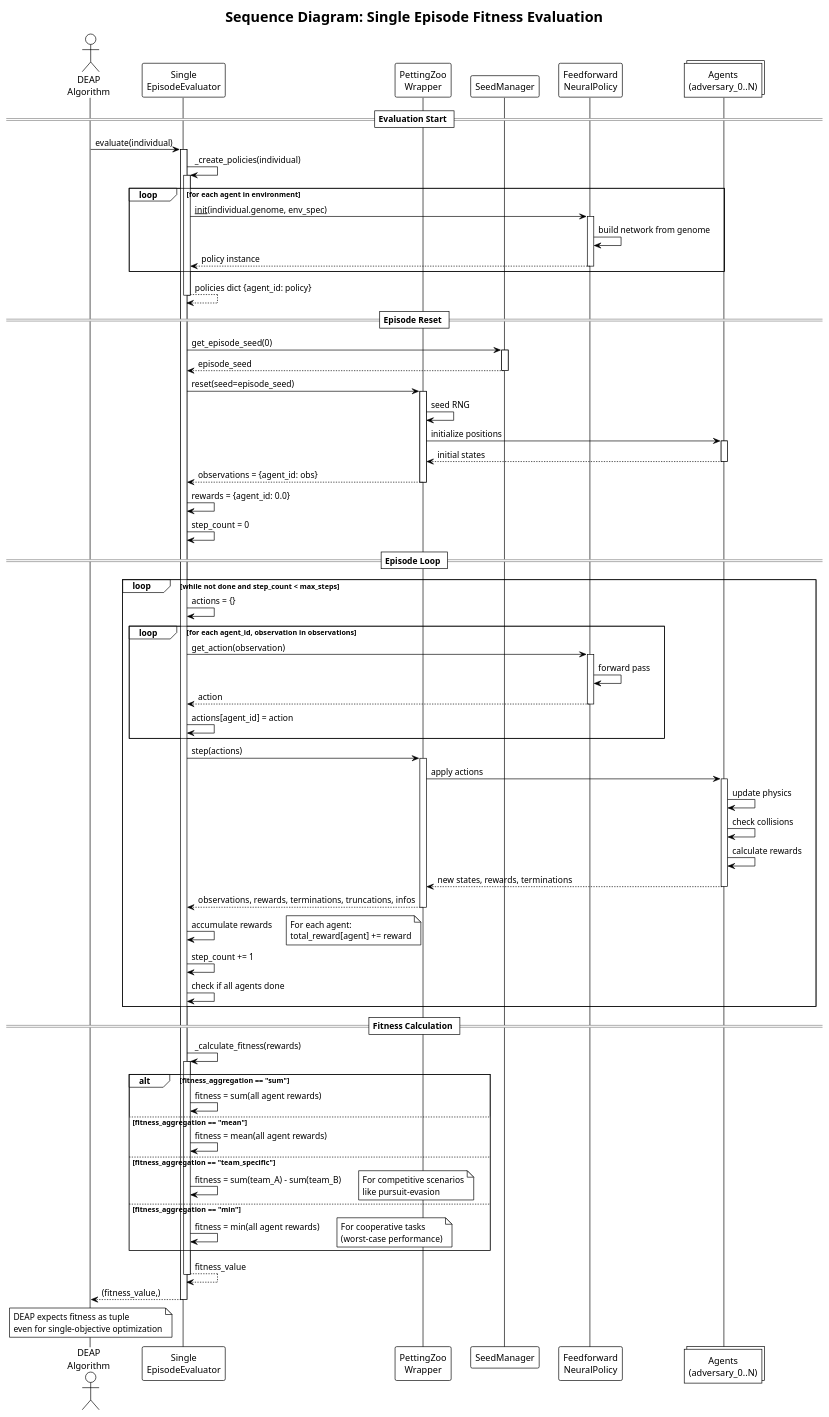
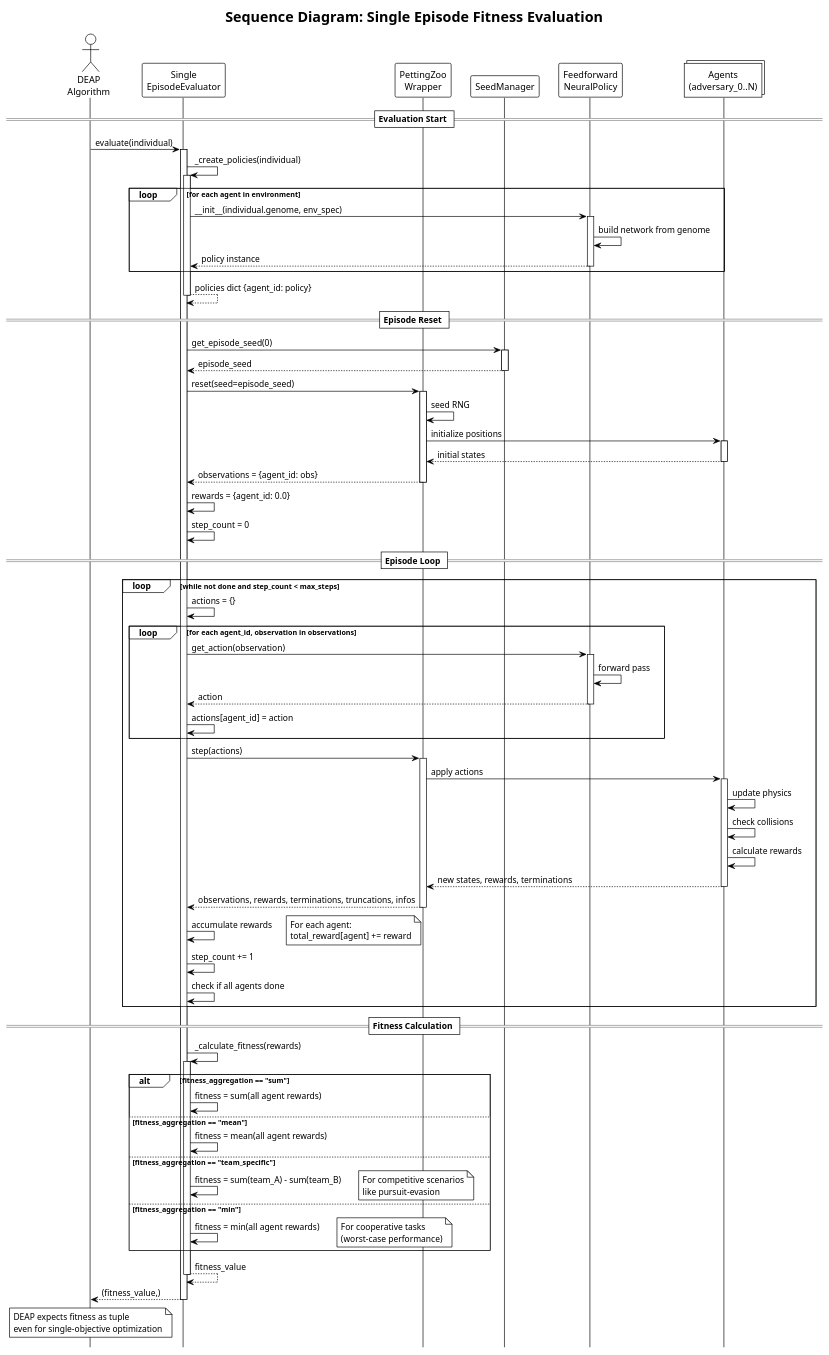
The diagram in docs/UML/sequence_single_episode_evaluation.puml (Alex180504/DEAP-Zoo-bridge), drawn with PlantUML before and after one commit. The commit also changed 71 other files, not shown here.

Commit message:
Update UML

```diff
--- a/docs/UML/sequence_single_episode_evaluation.puml
+++ b/docs/UML/sequence_single_episode_evaluation.puml
@@ -1,124 +1,126 @@
 @startuml sequence_single_episode_evaluation
 !theme plain
+' Compact layout (tuned per diagram — see README, 'Sequence-diagram layout').
+hide footbox
 title Sequence Diagram: Single Episode Fitness Evaluation
 
 actor "DEAP\nAlgorithm" as DEAP
 participant "Single\nEpisodeEvaluator" as Evaluator
 participant "PettingZoo\nWrapper" as Env
 participant "SeedManager" as Seeds
 participant "Feedforward\nNeuralPolicy" as Policy
 collections "Agents\n(adversary_0..N)" as Agents
 
 == Evaluation Start ==
 
 DEAP -> Evaluator : evaluate(individual)
 activate Evaluator
 
 Evaluator -> Evaluator : _create_policies(individual)
 activate Evaluator
 
 loop for each agent in environment
-    Evaluator -> Policy : __init__(individual.genome, env_spec)
+    Evaluator -> Policy : ~__init~__(individual.genome, env_spec)
     activate Policy
     Policy -> Policy : build network from genome
     Policy --> Evaluator : policy instance
     deactivate Policy
 end
 
 Evaluator --> Evaluator : policies dict {agent_id: policy}
 deactivate Evaluator
 
 == Episode Reset ==
 
 Evaluator -> Seeds : get_episode_seed(0)
 activate Seeds
 Seeds --> Evaluator : episode_seed
 deactivate Seeds
 
 Evaluator -> Env : reset(seed=episode_seed)
 activate Env
 Env -> Env : seed RNG
 Env -> Agents : initialize positions
 activate Agents
 Agents --> Env : initial states
 deactivate Agents
 Env --> Evaluator : observations = {agent_id: obs}
 deactivate Env
 
 Evaluator -> Evaluator : rewards = {agent_id: 0.0}
 Evaluator -> Evaluator : step_count = 0
 
 == Episode Loop ==
 
 loop while not done and step_count < max_steps
     Evaluator -> Evaluator : actions = {}
     
     loop for each agent_id, observation in observations
         Evaluator -> Policy : get_action(observation)
         activate Policy
         Policy -> Policy : forward pass
         Policy --> Evaluator : action
         deactivate Policy
         Evaluator -> Evaluator : actions[agent_id] = action
     end
     
     Evaluator -> Env : step(actions)
     activate Env
     
     Env -> Agents : apply actions
     activate Agents
     Agents -> Agents : update physics
     Agents -> Agents : check collisions
     Agents -> Agents : calculate rewards
     Agents --> Env : new states, rewards, terminations
     deactivate Agents
     
     Env --> Evaluator : observations, rewards, terminations, truncations, infos
     deactivate Env
     
     Evaluator -> Evaluator : accumulate rewards
     note right
       For each agent:
       total_reward[agent] += reward
     end note
     
     Evaluator -> Evaluator : step_count += 1
     
     Evaluator -> Evaluator : check if all agents done
 end
 
 == Fitness Calculation ==
 
 Evaluator -> Evaluator : _calculate_fitness(rewards)
 activate Evaluator
 
 alt fitness_aggregation == "sum"
     Evaluator -> Evaluator : fitness = sum(all agent rewards)
 else fitness_aggregation == "mean"
     Evaluator -> Evaluator : fitness = mean(all agent rewards)
 else fitness_aggregation == "team_specific"
     Evaluator -> Evaluator : fitness = sum(team_A) - sum(team_B)
     note right
       For competitive scenarios
       like pursuit-evasion
     end note
 else fitness_aggregation == "min"
     Evaluator -> Evaluator : fitness = min(all agent rewards)
     note right
       For cooperative tasks
       (worst-case performance)
     end note
 end
 
 Evaluator --> Evaluator : fitness_value
 deactivate Evaluator
 
 Evaluator --> DEAP : (fitness_value,)
 deactivate Evaluator
 
 note over DEAP
   DEAP expects fitness as tuple
   even for single-objective optimization
 end note
 
 @enduml
```
